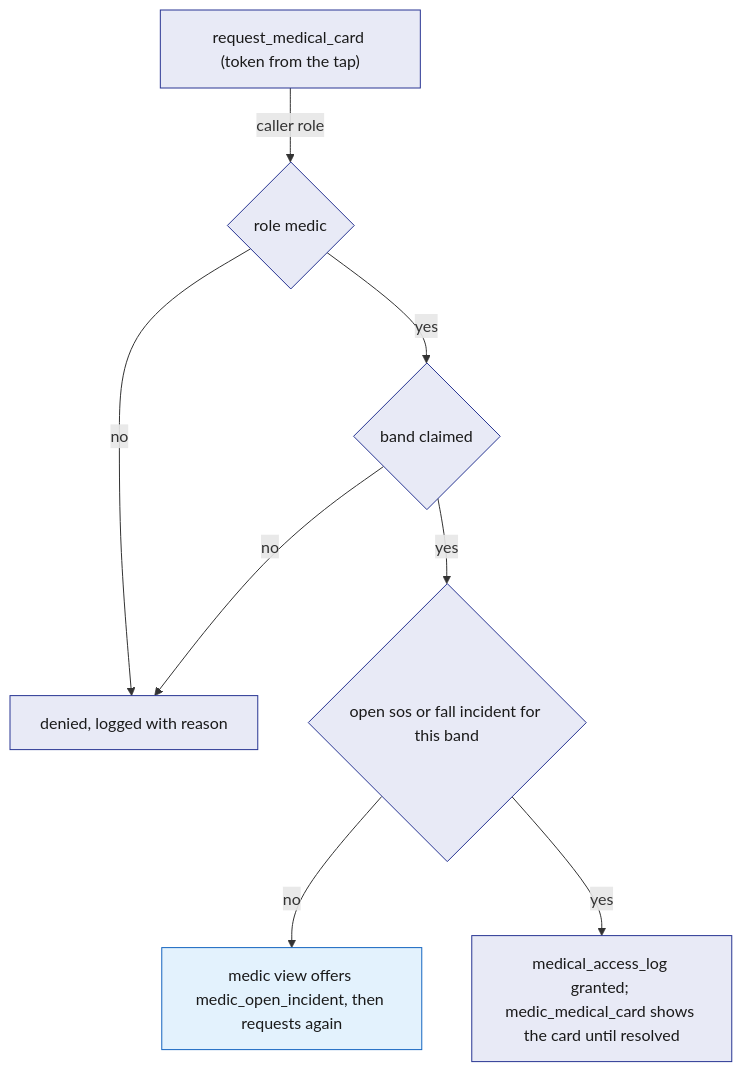
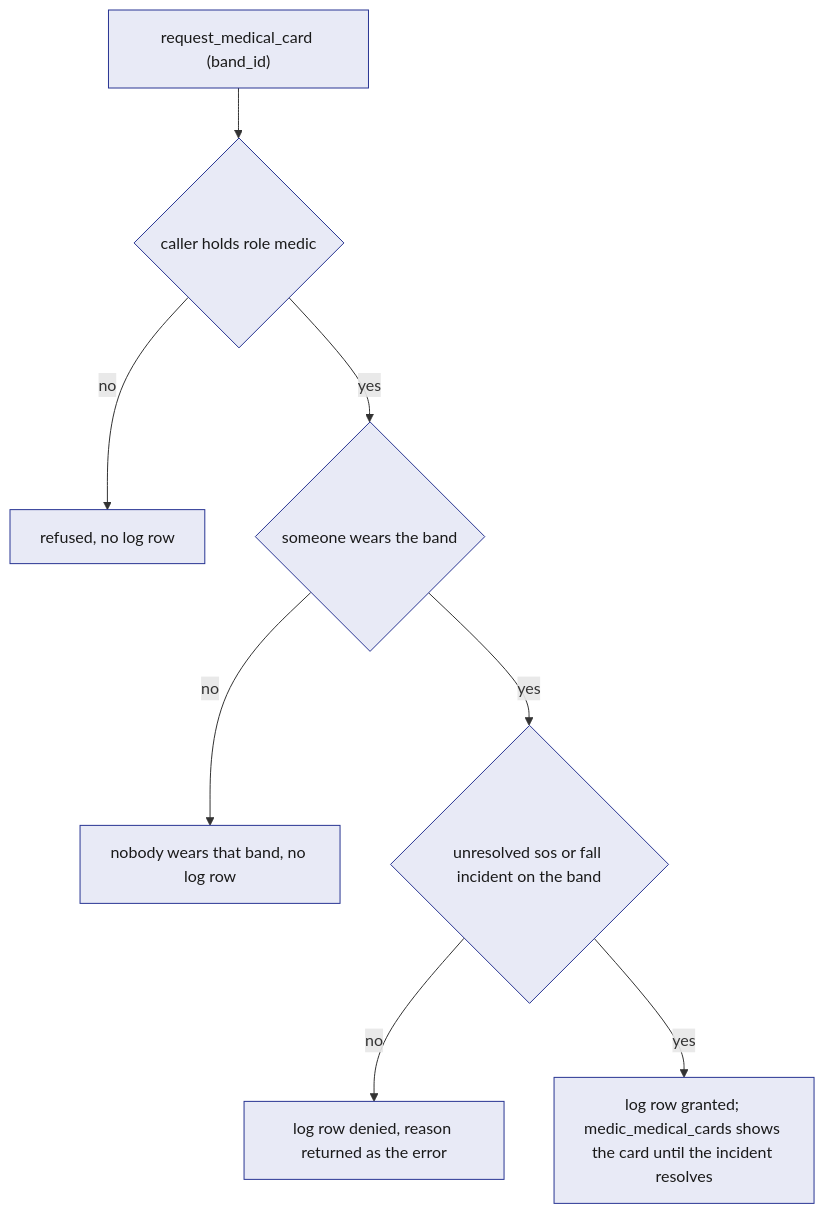
Before and after one commit to viktorinkov/cal-hacks-13: the second of 2 diagrams in System Design/6-features/Medical-ID.md, drawn with Mermaid. The commit also changed other lines of this file and 20 other files, not shown here.

Commit message:
Medical card, wallet step and Leo's parts match vik-e2e

````diff
--- a/System Design/6-features/Medical-ID.md
+++ b/System Design/6-features/Medical-ID.md
@@ -124,14 +134,12 @@
 ```mermaid
 flowchart TD
-  Q["request_medical_card (token from the tap)"] -->|"caller role"| R{"role medic"}
-  R -->|"no"| D["denied, logged with reason"]
-  R -->|"yes"| B{"band claimed"}
-  B -->|"no"| D
-  B -->|"yes"| I{"open sos or fall incident for this band"}
-  I -->|"no"| O["medic view offers medic_open_incident, then requests again"]
-  I -->|"yes"| G["medical_access_log granted; medic_medical_card shows the card until resolved"]
+  Q["request_medical_card (band_id)"] --> R{"caller holds role medic"}
+  R -->|"no"| E["refused, no log row"]
+  R -->|"yes"| B{"someone wears the band"}
+  B -->|"no"| E2["nobody wears that band, no log row"]
+  B -->|"yes"| I{"unresolved sos or fall incident on the band"}
+  I -->|"no"| D["log row denied, reason returned as the error"]
+  I -->|"yes"| G["log row granted; medic_medical_cards shows the card until the incident resolves"]
   classDef stdb fill:#E8EAF6,stroke:#283593,color:#1A1A1A
-  classDef web fill:#E3F2FD,stroke:#1565C0,color:#1A1A1A
-  class Q,R,B,I,G,D stdb
-  class O web
+  class Q,R,B,I,G,D,E,E2 stdb
 ```
````
